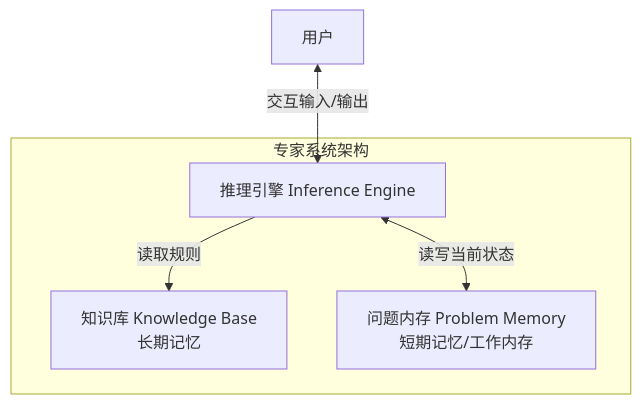
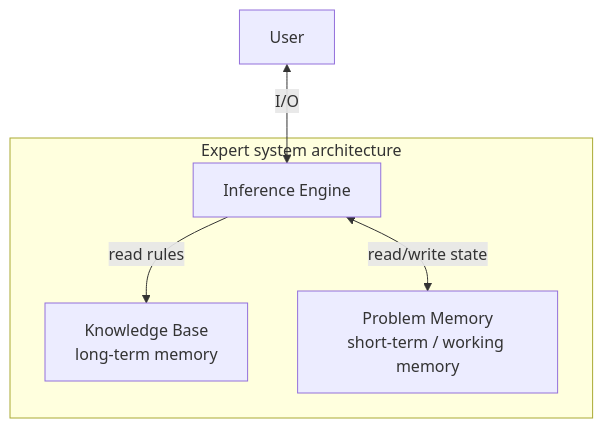
The diagram in content/post/2026-07-06-knowledge-representation-expert-systems.md (yrong/notes), drawn with Mermaid before and after one commit. The commit also changed other lines of this file and 7 other files, not shown here.

````diff
--- a/content/post/2026-07-06-knowledge-representation-expert-systems.md
+++ b/content/post/2026-07-06-knowledge-representation-expert-systems.md
@@ -71,13 +77,13 @@
 ```mermaid
 graph TD
-    subgraph "专家系统架构"
-        KB[知识库 Knowledge Base <br>长期记忆]
-        PM[问题内存 Problem Memory <br>短期记忆/工作内存]
-        IE[推理引擎 Inference Engine]
+    subgraph "Expert system architecture"
+        KB[Knowledge Base<br>long-term memory]
+        PM[Problem Memory<br>short-term / working memory]
+        IE[Inference Engine]
         
-        IE -->|读取规则| KB
-        IE <-->|读写当前状态| PM
+        IE -->|read rules| KB
+        IE <-->|read/write state| PM
     end
     
-    User[用户] <-->|交互输入/输出| IE
+    User[User] <-->|I/O| IE
 ```
````
